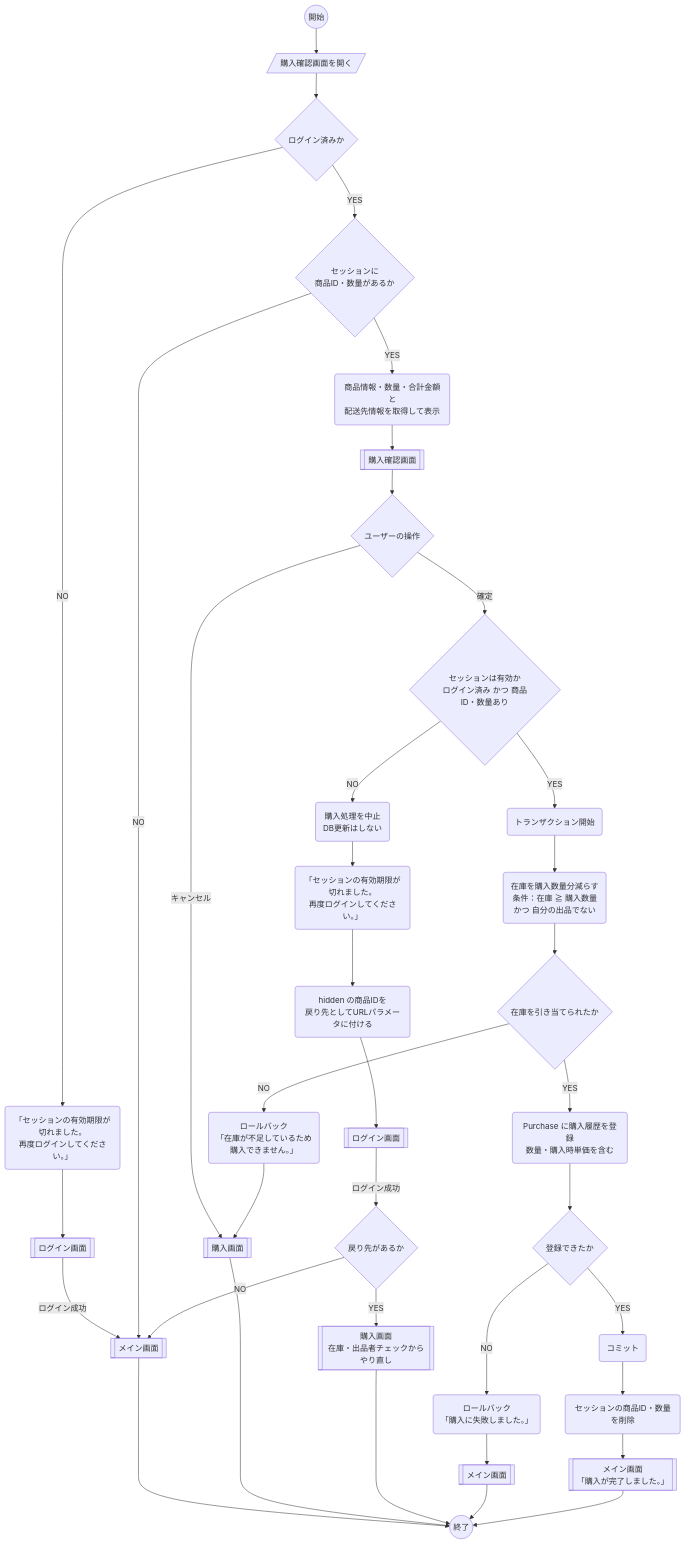
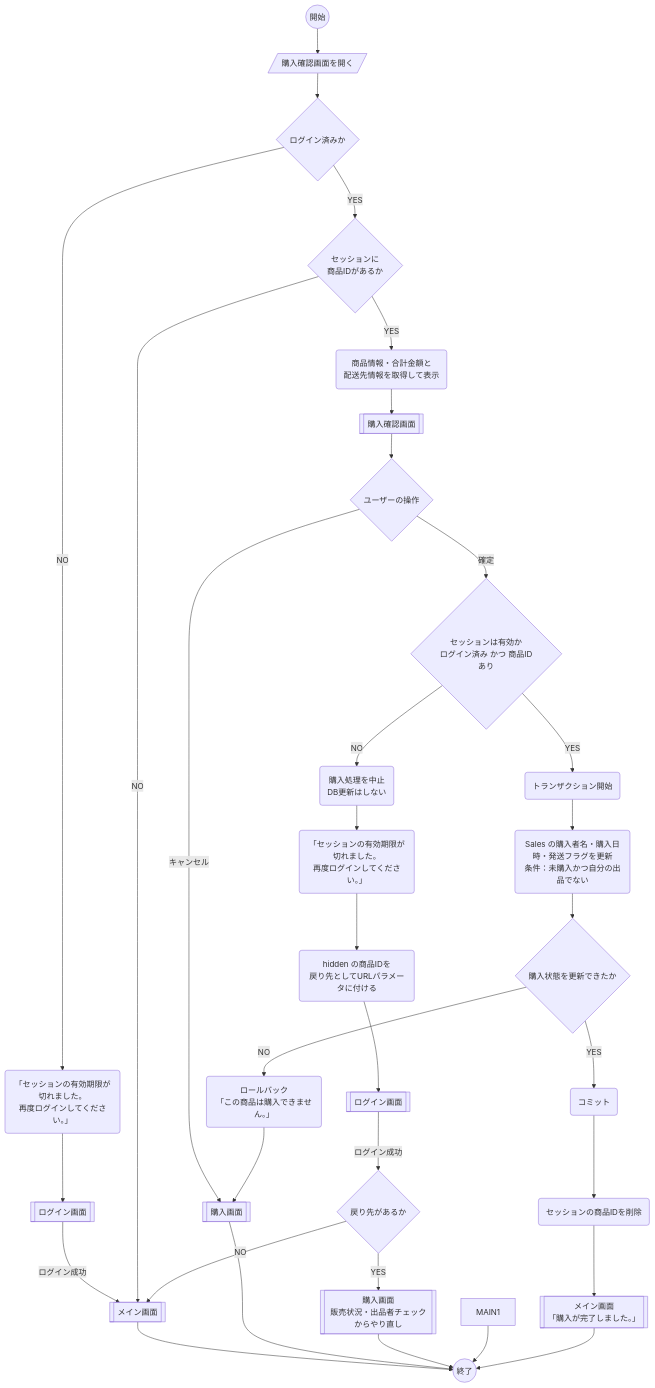
Before and after one commit to zak825/EC_OnlineShop: the diagram in docs/design/購入確認画面/購入確認画面_処理手順.md, drawn with Mermaid. The commit also changed other lines of this file and 9 other files, not shown here.

````diff
--- a/docs/design/購入確認画面/購入確認画面_処理手順.md
+++ b/docs/design/購入確認画面/購入確認画面_処理手順.md
@@ -15,40 +15,37 @@
 ```mermaid
 flowchart TD
     S((開始)) --> A[/購入確認画面を開く/]
     A --> B{ログイン済みか}
     B -- NO --> X1(「セッションの有効期限が切れました。<br>再度ログインしてください。」)
     X1 --> LOGIN1[[ログイン画面]]
     LOGIN1 -- ログイン成功 --> MAIN0[[メイン画面]]
-    B -- YES --> B2{セッションに<br>商品ID・数量があるか}
+    B -- YES --> B2{セッションに<br>商品IDがあるか}
     B2 -- NO --> MAIN0
-    B2 -- YES --> C(商品情報・数量・合計金額と<br>配送先情報を取得して表示)
+    B2 -- YES --> C(商品情報・合計金額と<br>配送先情報を取得して表示)
     C --> P[[購入確認画面]]
     P --> U{ユーザーの操作}
     U -- キャンセル --> BACK[[購入画面]]
-    U -- 確定 --> D{セッションは有効か<br>ログイン済み かつ 商品ID・数量あり}
+    U -- 確定 --> D{セッションは有効か<br>ログイン済み かつ 商品IDあり}
 
     D -- NO --> Y1(購入処理を中止<br>DB更新はしない)
     Y1 --> Y2(「セッションの有効期限が切れました。<br>再度ログインしてください。」)
     Y2 --> Y3(hidden の商品IDを<br>戻り先としてURLパラメータに付ける)
     Y3 --> LOGIN2[[ログイン画面]]
     LOGIN2 -- ログイン成功 --> Y4{戻り先があるか}
-    Y4 -- YES --> BACK2[[購入画面<br>在庫・出品者チェックからやり直し]]
+    Y4 -- YES --> BACK2[[購入画面<br>販売状況・出品者チェックからやり直し]]
     Y4 -- NO --> MAIN0
 
     D -- YES --> T(トランザクション開始)
-    T --> F(在庫を購入数量分減らす<br>条件：在庫 ≧ 購入数量<br>かつ 自分の出品でない)
-    F --> G{在庫を引き当てられたか}
-    G -- NO --> RB1(ロールバック<br>「在庫が不足しているため<br>購入できません。」) --> BACK
-    G -- YES --> I(Purchase に購入履歴を登録<br>数量・購入時単価を含む)
-    I --> J{登録できたか}
-    J -- NO --> RB2(ロールバック<br>「購入に失敗しました。」) --> MAIN1[[メイン画面]]
-    J -- YES --> K(コミット)
-    K --> H(セッションの商品ID・数量を削除)
+    T --> F(Sales の購入者名・購入日時・発送フラグを更新<br>条件：未購入かつ自分の出品でない)
+    F --> G{購入状態を更新できたか}
+    G -- NO --> RB1(ロールバック<br>「この商品は購入できません。」) --> BACK
+    G -- YES --> K(コミット)
+    K --> H(セッションの商品IDを削除)
     H --> MAIN2[[メイン画面<br>「購入が完了しました。」]]
 
     MAIN0 --> END((終了))
     BACK --> END
     BACK2 --> END
     MAIN1 --> END
     MAIN2 --> END
 ```
````
